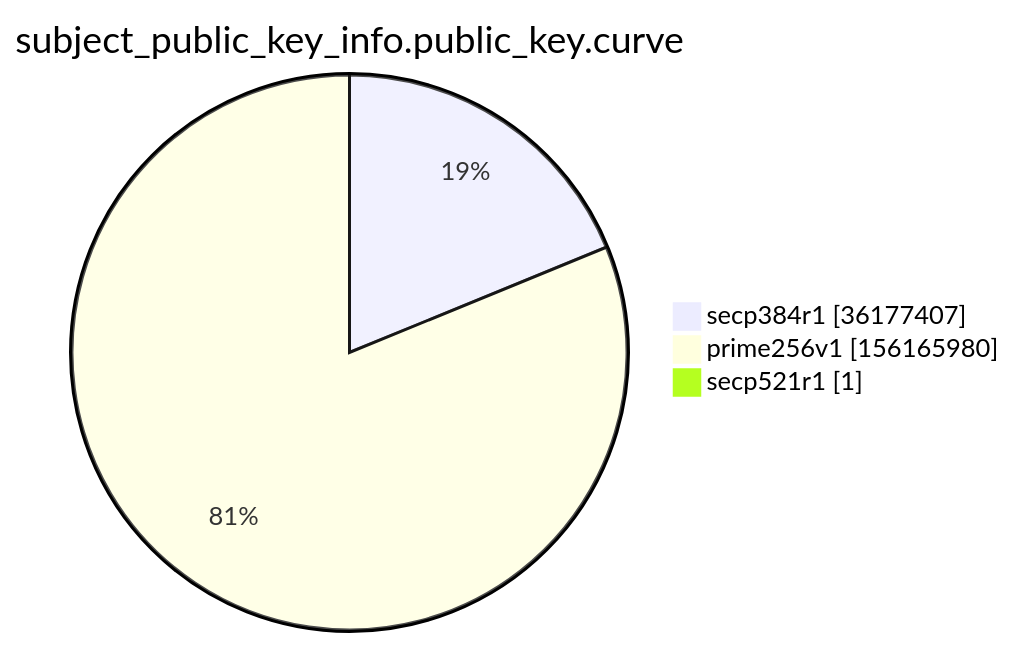
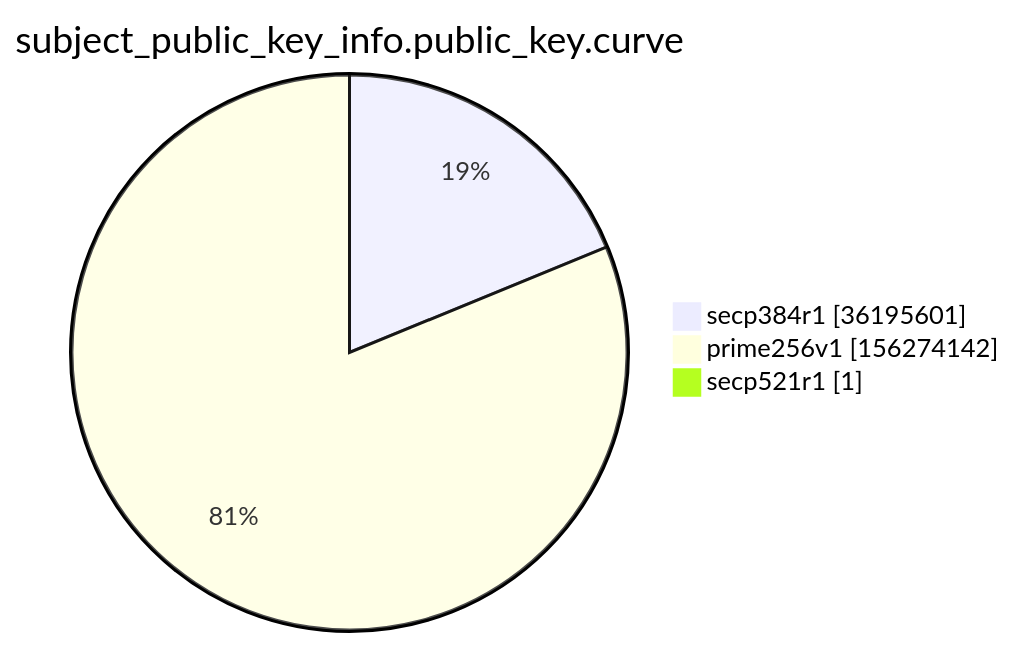
The ninth of 15 diagrams in argon2022/README.md (christiankrug/ctmonitor_visualization), drawn with Mermaid before and after one commit. The commit also changed other lines of this file, not shown here.

````diff
--- a/argon2022/README.md
+++ b/argon2022/README.md
@@ -2766,7 +2766,7 @@
 ```mermaid
 pie showData
 title subject_public_key_info.public_key.curve
-"secp384r1" :36177407
-"prime256v1" :156165980
+"secp384r1" :36195601
+"prime256v1" :156274142
 "secp521r1" :1
 ```
````
